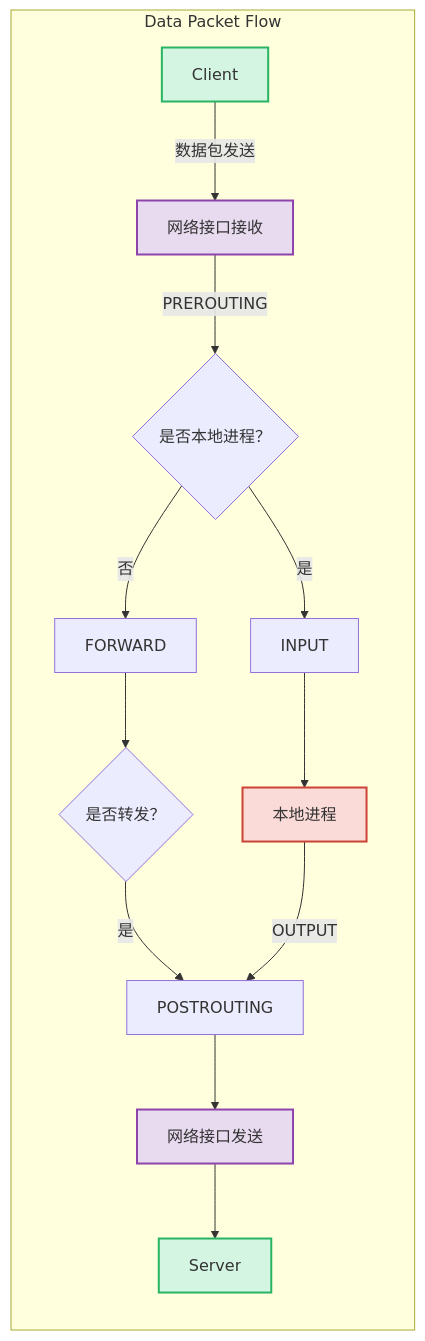
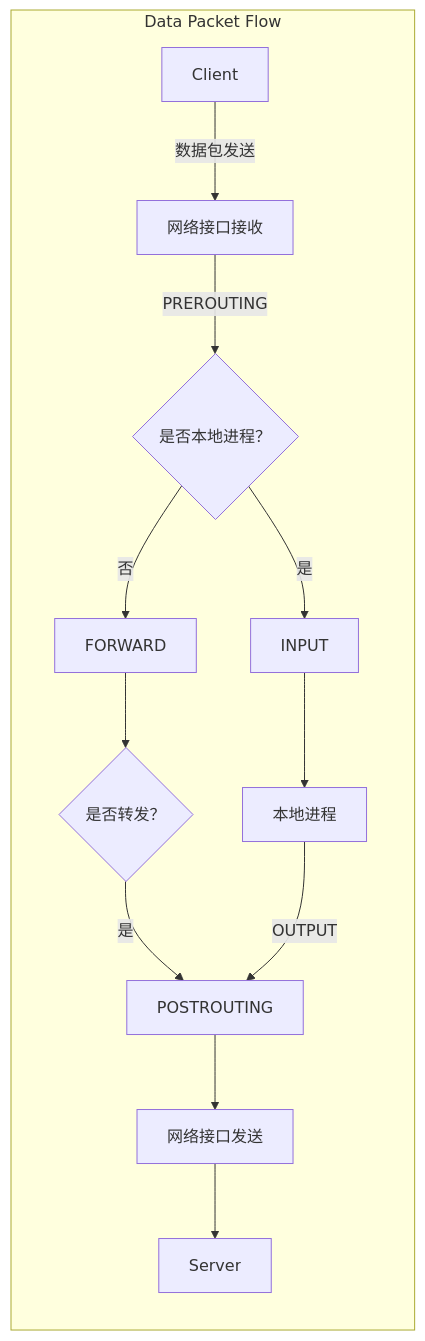
One commit to teatang/t-blog changed the first of 2 diagrams in source/_posts/2025/2025-10-25_iptables 详解.md. Above: the diagram before and after it, drawn with Mermaid. The commit also changed 24 other files, not shown here.

```diff
--- a/source/_posts/2025/2025-10-25_iptables 详解.md
+++ b/source/_posts/2025/2025-10-25_iptables 详解.md
@@ -29,17 +29,11 @@
 {% mermaid %}
 graph LR
     subgraph Data Packet Flow
         Client[Client] -- 数据包发送 --> NetworkIn[网络接口接收]
         NetworkIn -- PREROUTING --> Decision1{是否本地进程？}
         Decision1 -- 是 --> INPUT --> LocalProcess[本地进程]
         Decision1 -- 否 --> FORWARD --> Decision2{是否转发？}
         Decision2 -- 是 --> PostRouting[POSTROUTING] --> NetworkOut[网络接口发送] --> Server[Server]
         LocalProcess -- OUTPUT --> PostRouting
     end
-
-    style Client fill:#D5F5E3,stroke:#28B463,stroke-width:2px;
-    style Server fill:#D5F5E3,stroke:#28B463,stroke-width:2px;
-    style NetworkIn fill:#E8DAEF,stroke:#8E44AD,stroke-width:2px;
-    style NetworkOut fill:#E8DAEF,stroke:#8E44AD,stroke-width:2px;
-    style LocalProcess fill:#FADBD8,stroke:#CB4335,stroke-width:2px;
 {% endmermaid %}
```
